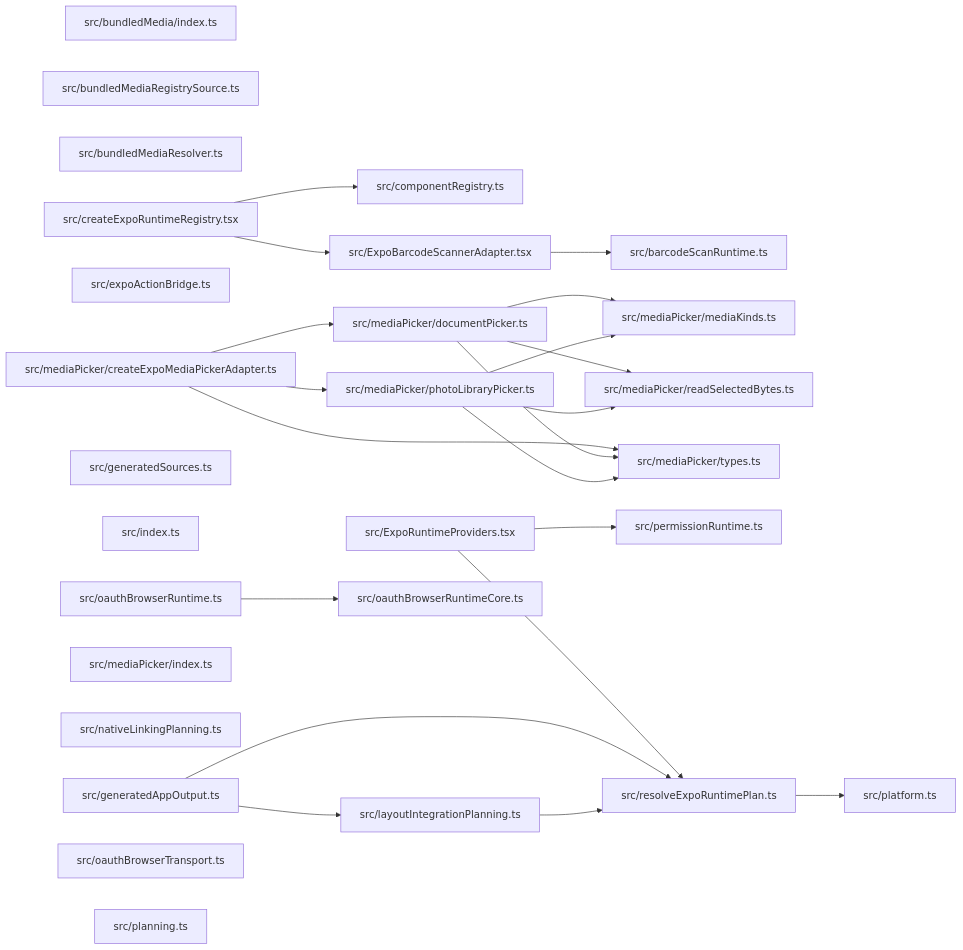
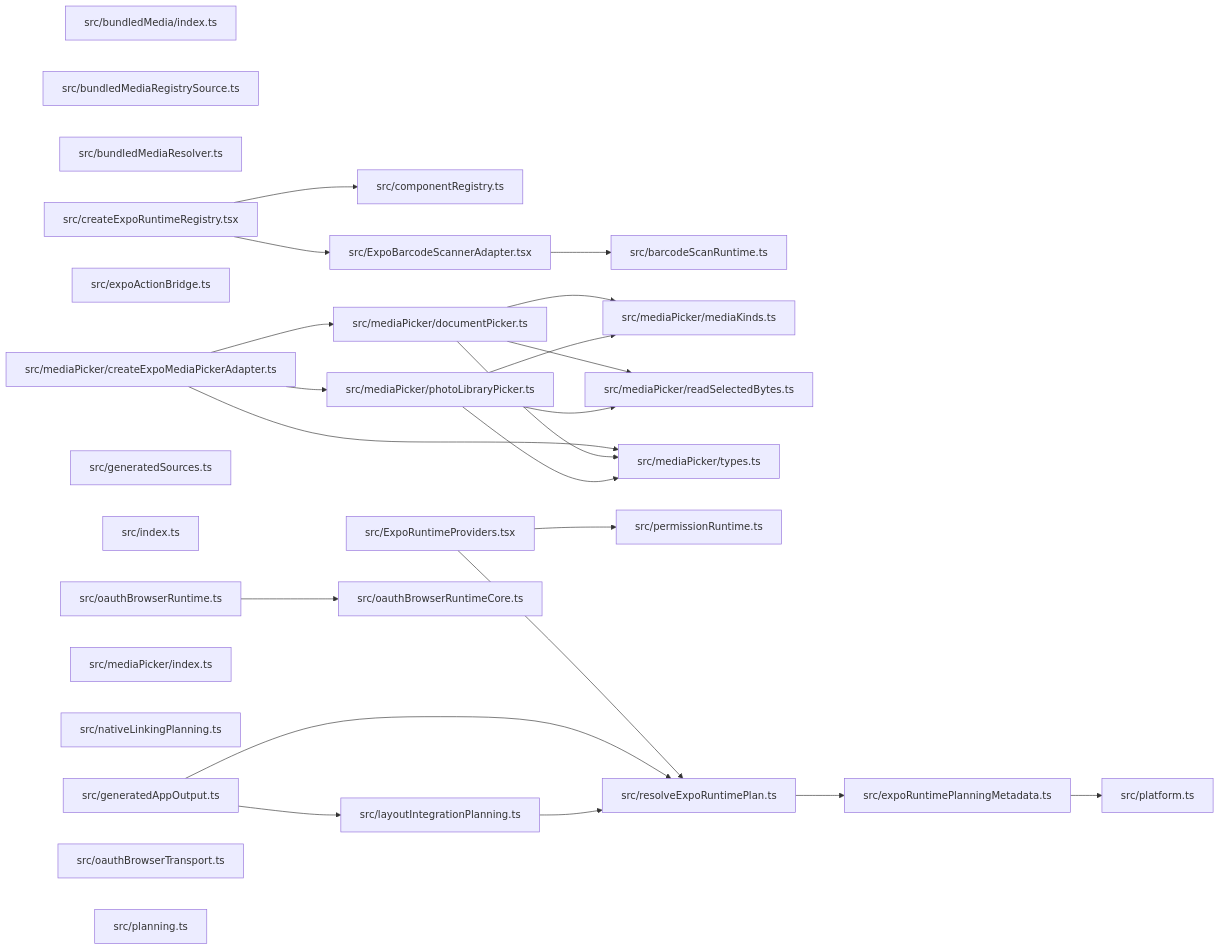
The diagram in paradox/diagrams/module-relationships.mmd (ankhorage/expo-runtime), drawn with Mermaid before and after one commit. The commit also changed 37 other files, not shown here.

Commit message:
fix: address Expo 57 platform review

```diff
--- a/paradox/diagrams/module-relationships.mmd
+++ b/paradox/diagrams/module-relationships.mmd
@@ -1,48 +1,50 @@
 graph LR
   module_src_barcodeScanRuntime_ts["src/barcodeScanRuntime.ts"]
   module_src_bundledMedia_index_ts["src/bundledMedia/index.ts"]
   module_src_bundledMediaRegistrySource_ts["src/bundledMediaRegistrySource.ts"]
   module_src_bundledMediaResolver_ts["src/bundledMediaResolver.ts"]
   module_src_componentRegistry_ts["src/componentRegistry.ts"]
   module_src_createExpoRuntimeRegistry_tsx["src/createExpoRuntimeRegistry.tsx"]
   module_src_expoActionBridge_ts["src/expoActionBridge.ts"]
   module_src_ExpoBarcodeScannerAdapter_tsx["src/ExpoBarcodeScannerAdapter.tsx"]
+  module_src_expoRuntimePlanningMetadata_ts["src/expoRuntimePlanningMetadata.ts"]
   module_src_ExpoRuntimeProviders_tsx["src/ExpoRuntimeProviders.tsx"]
   module_src_generatedAppOutput_ts["src/generatedAppOutput.ts"]
   module_src_generatedSources_ts["src/generatedSources.ts"]
   module_src_index_ts["src/index.ts"]
   module_src_layoutIntegrationPlanning_ts["src/layoutIntegrationPlanning.ts"]
   module_src_mediaPicker_createExpoMediaPickerAdapter_ts["src/mediaPicker/createExpoMediaPickerAdapter.ts"]
   module_src_mediaPicker_documentPicker_ts["src/mediaPicker/documentPicker.ts"]
   module_src_mediaPicker_index_ts["src/mediaPicker/index.ts"]
   module_src_mediaPicker_mediaKinds_ts["src/mediaPicker/mediaKinds.ts"]
   module_src_mediaPicker_photoLibraryPicker_ts["src/mediaPicker/photoLibraryPicker.ts"]
   module_src_mediaPicker_readSelectedBytes_ts["src/mediaPicker/readSelectedBytes.ts"]
   module_src_mediaPicker_types_ts["src/mediaPicker/types.ts"]
   module_src_nativeLinkingPlanning_ts["src/nativeLinkingPlanning.ts"]
   module_src_oauthBrowserRuntime_ts["src/oauthBrowserRuntime.ts"]
   module_src_oauthBrowserRuntimeCore_ts["src/oauthBrowserRuntimeCore.ts"]
   module_src_oauthBrowserTransport_ts["src/oauthBrowserTransport.ts"]
   module_src_permissionRuntime_ts["src/permissionRuntime.ts"]
   module_src_planning_ts["src/planning.ts"]
   module_src_platform_ts["src/platform.ts"]
   module_src_resolveExpoRuntimePlan_ts["src/resolveExpoRuntimePlan.ts"]
   module_src_createExpoRuntimeRegistry_tsx --> module_src_componentRegistry_ts
   module_src_createExpoRuntimeRegistry_tsx --> module_src_ExpoBarcodeScannerAdapter_tsx
   module_src_ExpoBarcodeScannerAdapter_tsx --> module_src_barcodeScanRuntime_ts
+  module_src_expoRuntimePlanningMetadata_ts --> module_src_platform_ts
   module_src_ExpoRuntimeProviders_tsx --> module_src_permissionRuntime_ts
   module_src_ExpoRuntimeProviders_tsx --> module_src_resolveExpoRuntimePlan_ts
   module_src_generatedAppOutput_ts --> module_src_layoutIntegrationPlanning_ts
   module_src_generatedAppOutput_ts --> module_src_resolveExpoRuntimePlan_ts
   module_src_layoutIntegrationPlanning_ts --> module_src_resolveExpoRuntimePlan_ts
   module_src_mediaPicker_createExpoMediaPickerAdapter_ts --> module_src_mediaPicker_documentPicker_ts
   module_src_mediaPicker_createExpoMediaPickerAdapter_ts --> module_src_mediaPicker_photoLibraryPicker_ts
   module_src_mediaPicker_createExpoMediaPickerAdapter_ts --> module_src_mediaPicker_types_ts
   module_src_mediaPicker_documentPicker_ts --> module_src_mediaPicker_mediaKinds_ts
   module_src_mediaPicker_documentPicker_ts --> module_src_mediaPicker_readSelectedBytes_ts
   module_src_mediaPicker_documentPicker_ts --> module_src_mediaPicker_types_ts
   module_src_mediaPicker_photoLibraryPicker_ts --> module_src_mediaPicker_mediaKinds_ts
   module_src_mediaPicker_photoLibraryPicker_ts --> module_src_mediaPicker_readSelectedBytes_ts
   module_src_mediaPicker_photoLibraryPicker_ts --> module_src_mediaPicker_types_ts
   module_src_oauthBrowserRuntime_ts --> module_src_oauthBrowserRuntimeCore_ts
-  module_src_resolveExpoRuntimePlan_ts --> module_src_platform_ts
+  module_src_resolveExpoRuntimePlan_ts --> module_src_expoRuntimePlanningMetadata_ts
```
